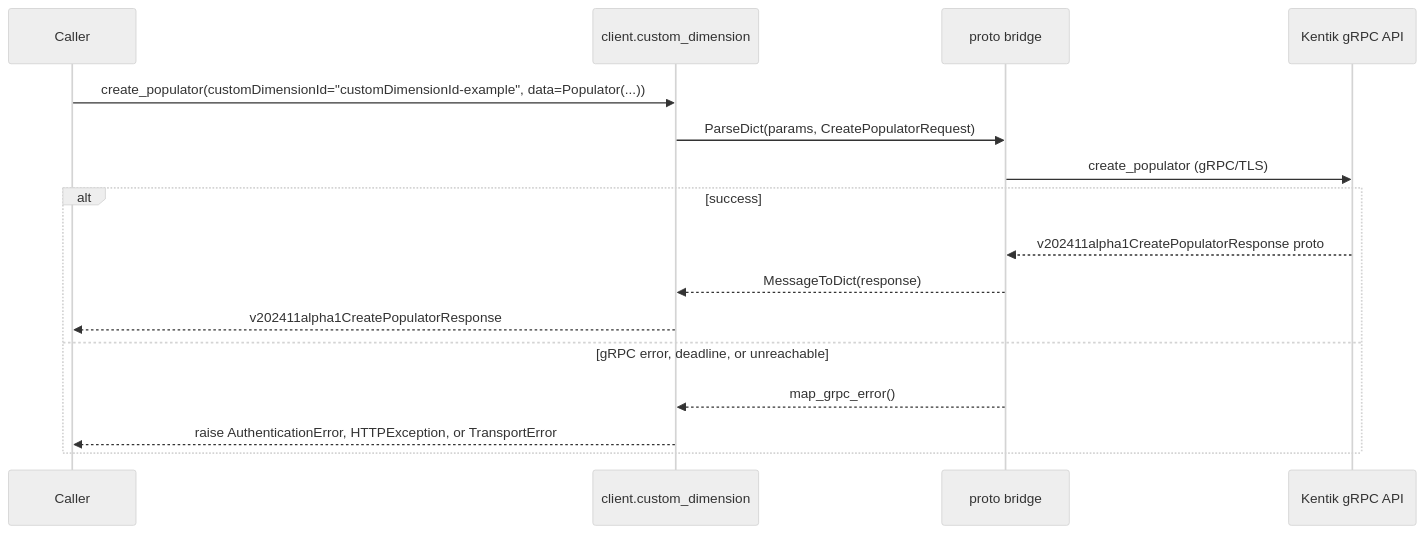
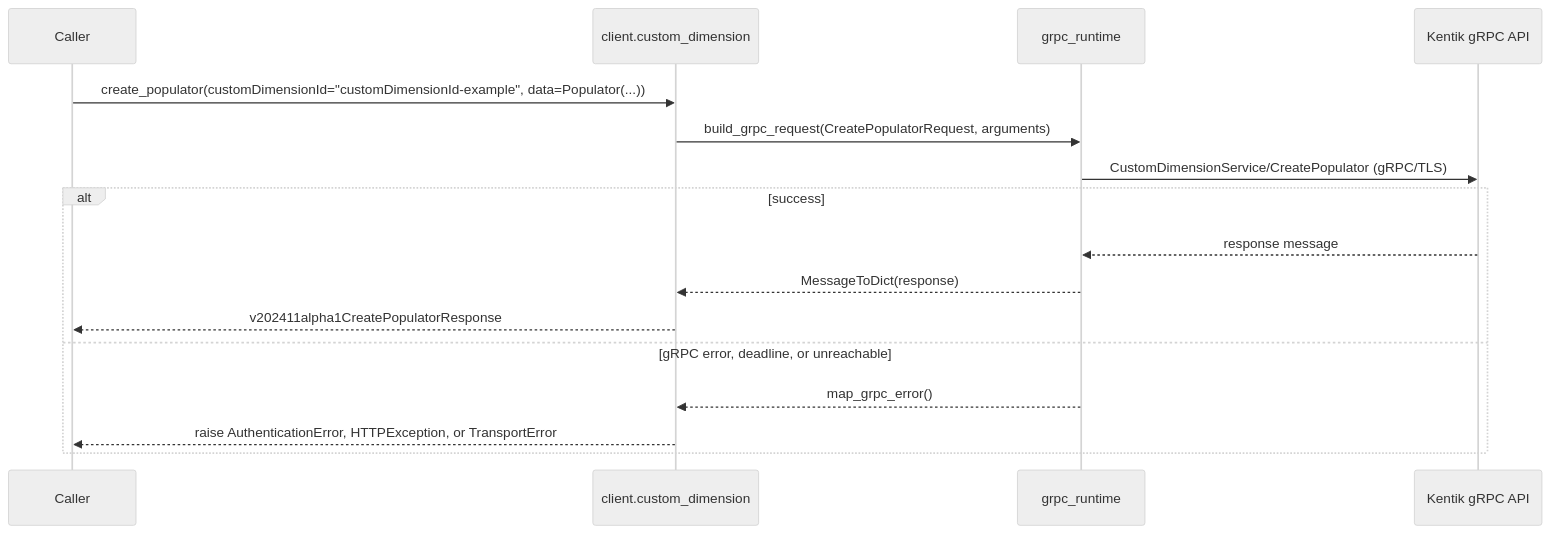
Before and after one commit to alexdearaujo/community_sdk_python: diagram 11 of 22 in docs/sphinx/services/custom_dimension.md, drawn with Mermaid (neutral theme). The commit also changed other lines of this file and 37 other files, not shown here.

First line of the commit message:
docs: show the real RPC in each service page's gRPC diagram

````diff
--- a/docs/sphinx/services/custom_dimension.md
+++ b/docs/sphinx/services/custom_dimension.md
@@ -357,19 +357,19 @@
 ```mermaid
 sequenceDiagram
     participant C as Caller
     participant W as client.custom_dimension
-    participant B as proto bridge
+    participant R as grpc_runtime
     participant API as Kentik gRPC API
 
     C->>W: create_populator(customDimensionId="customDimensionId-example", data=Populator(...))
-    W->>B: ParseDict(params, CreatePopulatorRequest)
-    B->>API: create_populator (gRPC/TLS)
+    W->>R: build_grpc_request(CreatePopulatorRequest, arguments)
+    R->>API: CustomDimensionService/CreatePopulator (gRPC/TLS)
     alt success
-        API-->>B: v202411alpha1CreatePopulatorResponse proto
-        B-->>W: MessageToDict(response)
+        API-->>R: response message
+        R-->>W: MessageToDict(response)
         W-->>C: v202411alpha1CreatePopulatorResponse
     else gRPC error, deadline, or unreachable
-        B-->>W: map_grpc_error()
+        R-->>W: map_grpc_error()
         W-->>C: raise AuthenticationError, HTTPException, or TransportError
     end
 ```
````
